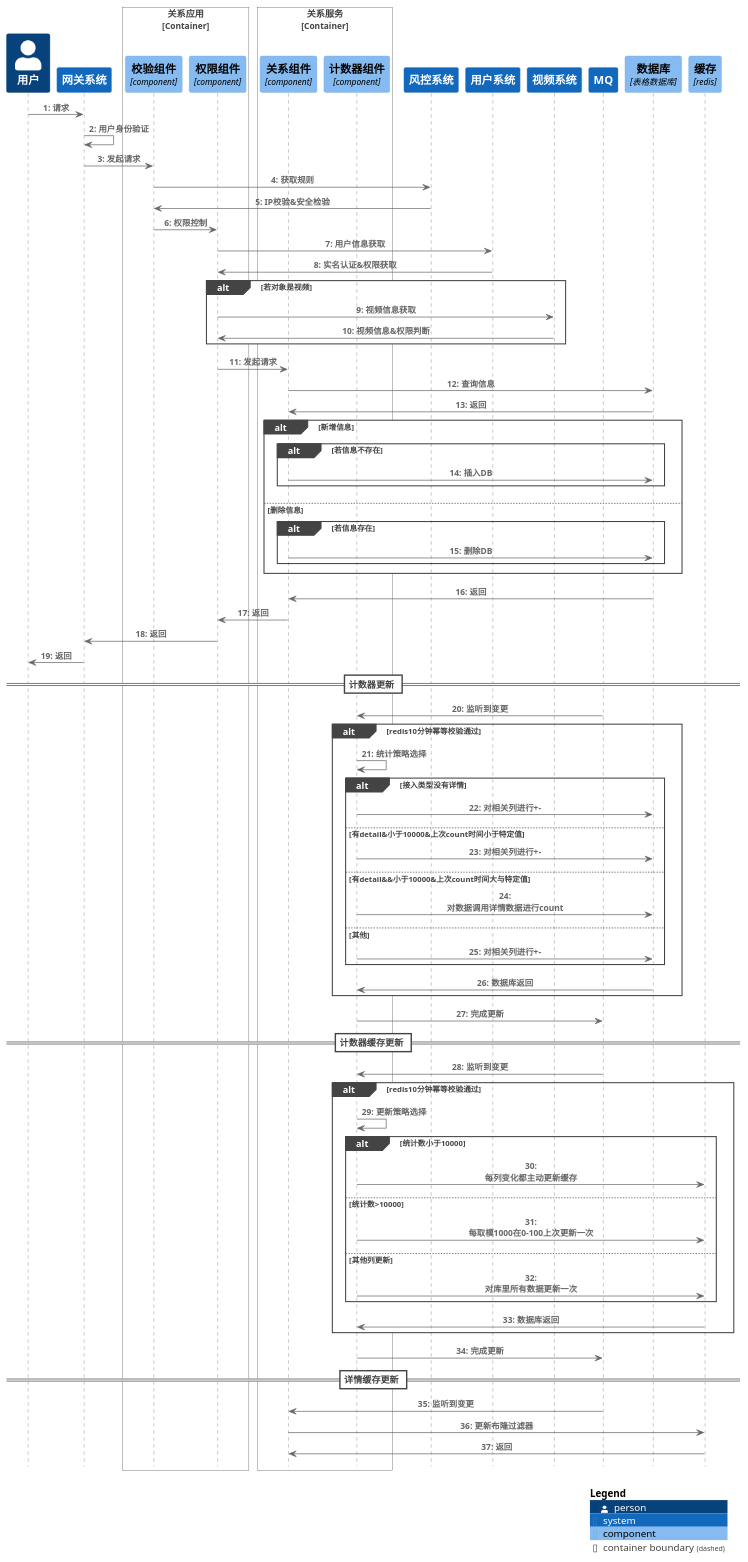
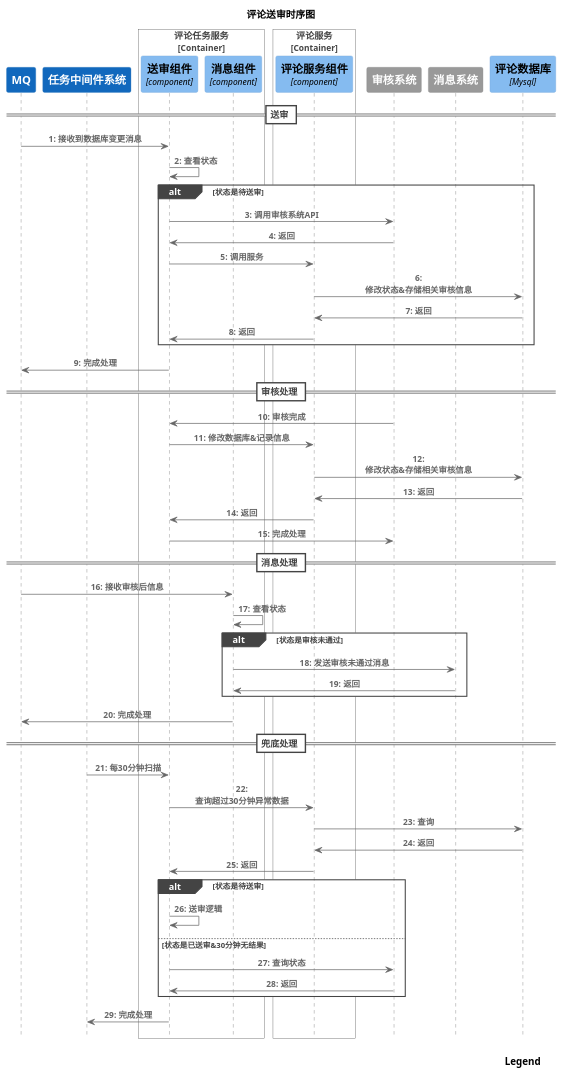
One commit to nxnnxn/community-doc changed the diagram in puml/interact/content/comment/audit/auditseq.puml. Above: the diagram before and after it, drawn with PlantUML. The commit also changed 14 other files, not shown here.

```diff
--- a/puml/interact/content/comment/audit/auditseq.puml
+++ b/puml/interact/content/comment/audit/auditseq.puml
@@ -1,97 +1,69 @@
 @startuml
 !include <C4/C4_Sequence>
 SHOW_INDEX()
 SHOW_LEGEND()
 
-Person(user, "用户")
-System(gateway,"网关系统")
-
-Rel(user, gateway, "请求")
-Rel(gateway, gateway, "用户身份验证")
-
-Container_Boundary(relationFacade, "关系应用")
-    Component(checkComponent, "校验组件", "component", "IP校验&安全检验")
-    Component(authComponent, "权限组件", "component", "用户权限检验")
+title 评论送审时序图
+System(rocketmq,"MQ")
+System(job,"任务中间件系统")
+Container_Boundary(commentJobService, "评论任务服务")
+    Component(auditComponent, "送审组件", "component", "评论送审")
+    Component(messageComponent, "消息组件", "component", "消息组件")
 Boundary_End()
 
-Container_Boundary(relationService, "关系服务")
-    Component(relationComponent, "关系组件", "component", "关系关注")
-    Component(statComponent, "计数器组件", "component", "计数器更新")
+Container_Boundary(commentService, "评论服务")
+    Component(commentComponent, "评论服务组件", "component", "评论服务组件")
 Boundary_End()
-System(security,"风控系统")
-System(userSystem,"用户系统")
-System(videoSystem,"视频系统")
-System(rocketmq,"MQ")
-ComponentDb(db, "数据库", "表格数据库")
-ComponentDb(redis, "缓存", "redis")
 
-Rel(gateway, checkComponent, "发起请求")
+System_Ext(auditSystem,"审核系统")
+System_Ext(messageSystem,"消息系统")
+ComponentDb(db, "评论数据库", "Mysql")
 
-Rel(checkComponent, security, "获取规则")
-Rel(security,checkComponent, "IP校验&安全检验")
+== 送审 ==
+Rel(rocketmq, auditComponent, "接收到数据库变更消息")
+Rel(auditComponent, auditComponent, "查看状态")
+alt 状态是待送审
+ Rel(auditComponent, auditSystem, "调用审核系统API")
+ Rel(auditSystem, auditComponent, "返回")
+ Rel(auditComponent,commentComponent , "调用服务")
+ Rel(commentComponent,db , "修改状态&存储相关审核信息")
+ Rel(db,commentComponent , "返回")
+ Rel(commentComponent,auditComponent , "返回")
+end
+Rel(auditComponent,rocketmq , "完成处理")
 
-Rel(checkComponent, authComponent, "权限控制")
-Rel(authComponent, userSystem, "用户信息获取")
-Rel(userSystem,authComponent, "实名认证&权限获取")
-
-alt 若对象是视频
-Rel(authComponent, videoSystem, "视频信息获取")
-Rel(videoSystem,authComponent, "视频信息&权限判断")
-end
-
-Rel(authComponent, relationComponent, "发起请求")
-Rel(relationComponent, db, "查询信息")
-Rel(db, relationComponent, "返回")
-alt 新增信息
-alt 若信息不存在
-Rel(relationComponent, db, "插入DB")
-end
-else 删除信息
-alt 若信息存在
-Rel(relationComponent,db , "删除DB")
-end
-end
-Rel(db, relationComponent, "返回")
+== 审核处理 ==
+Rel(auditSystem, auditComponent, "审核完成")
+Rel(auditComponent, commentComponent, "修改数据库&记录信息")
+Rel(commentComponent,db , "修改状态&存储相关审核信息")
+Rel(db,commentComponent , "返回")
+Rel(commentComponent,auditComponent , "返回")
+Rel(auditComponent,auditSystem , "完成处理")
 
 
-Rel(relationComponent, authComponent, "返回")
-Rel(authComponent, gateway, "返回")
-Rel(gateway, user, "返回")
+== 消息处理 ==
+Rel(rocketmq, messageComponent, "接收审核后信息")
+Rel(messageComponent, messageComponent, "查看状态")
+alt 状态是审核未通过
+ Rel(messageComponent, messageSystem, "发送审核未通过消息")
+ Rel(messageSystem, messageComponent, "返回")
+end
+Rel(messageComponent,rocketmq , "完成处理")
 
-== 计数器更新 ==
-Rel(rocketmq, statComponent, "监听到变更")
-alt redis10分钟幂等校验通过
-Rel(statComponent, statComponent, "统计策略选择")
-alt 接入类型没有详情
-  Rel(statComponent, db, "对相关列进行+-")
-else 有detail&小于10000&上次count时间小于特定值
-  Rel(statComponent, db, "对相关列进行+-")
-else  有detail&&小于10000&上次count时间大与特定值
-  Rel(statComponent, db, "对数据调用详情数据进行count")
-else 其他
-   Rel(statComponent, db, "对相关列进行+-")
+
+== 兜底处理 ==
+Rel(job, auditComponent, "每30分钟扫描")
+Rel(auditComponent, commentComponent, "查询超过30分钟异常数据")
+Rel(commentComponent, db, "查询")
+Rel(db, commentComponent, "返回")
+Rel(commentComponent, auditComponent, "返回")
+alt 状态是待送审
+ Rel(auditComponent, auditComponent, "送审逻辑")
+else 状态是已送审&30分钟无结果
+ Rel(auditComponent, auditSystem, "查询状态")
+ Rel(auditSystem, auditComponent, "返回")
 end
-Rel(db, statComponent, "数据库返回")
-end
-Rel(statComponent, rocketmq, "完成更新")
+Rel(auditComponent,job , "完成处理")
 
-== 计数器缓存更新 ==
-Rel(rocketmq, statComponent, "监听到变更")
-alt redis10分钟幂等校验通过
-Rel(statComponent, statComponent, "更新策略选择")
-alt 统计数小于10000
-  Rel(statComponent, redis, "每列变化都主动更新缓存")
-else 统计数>10000
-  Rel(statComponent, redis, "每取模1000在0-100上次更新一次")
-else  其他列更新
-  Rel(statComponent, redis, "对库里所有数据更新一次")
-end
-Rel(redis, statComponent, "数据库返回")
-end
-Rel(statComponent, rocketmq, "完成更新")
-== 详情缓存更新 ==
-Rel(rocketmq, relationComponent, "监听到变更")
-Rel(relationComponent, redis, "更新布隆过滤器")
-Rel(redis, relationComponent, "返回")
-SHOW_LEGEND()
+
 @enduml
```
